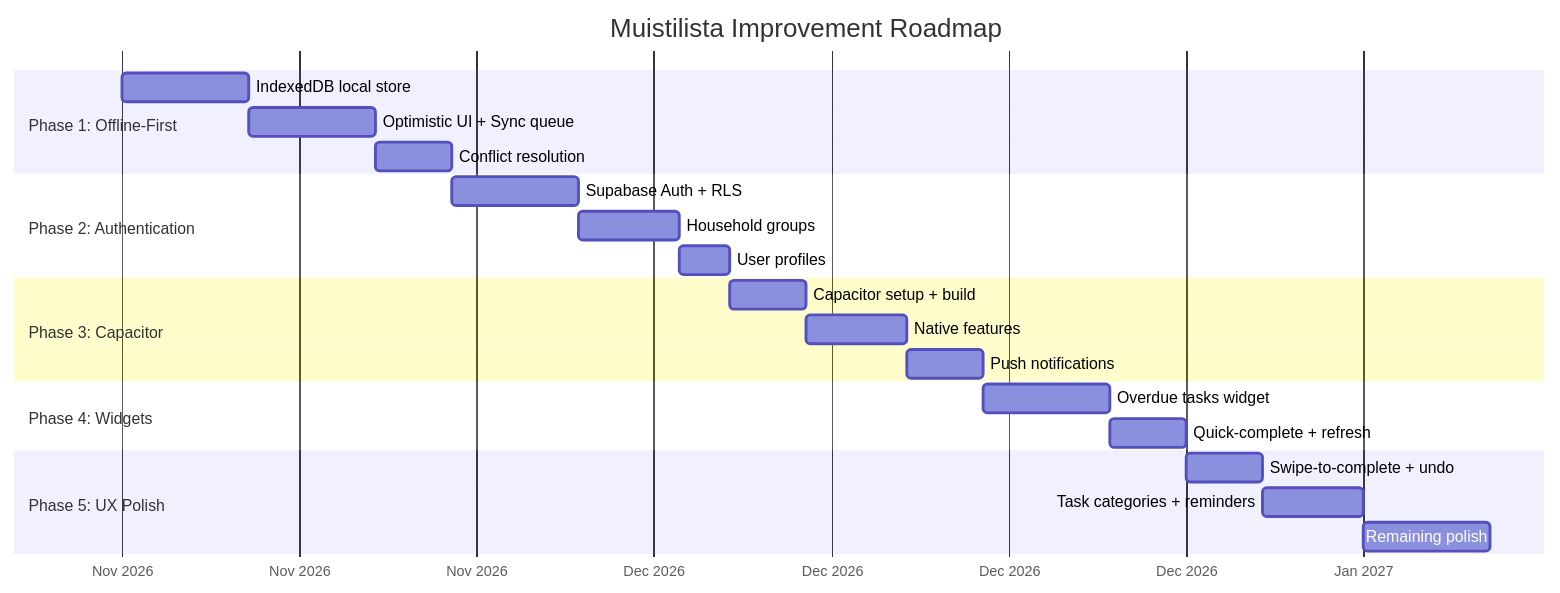
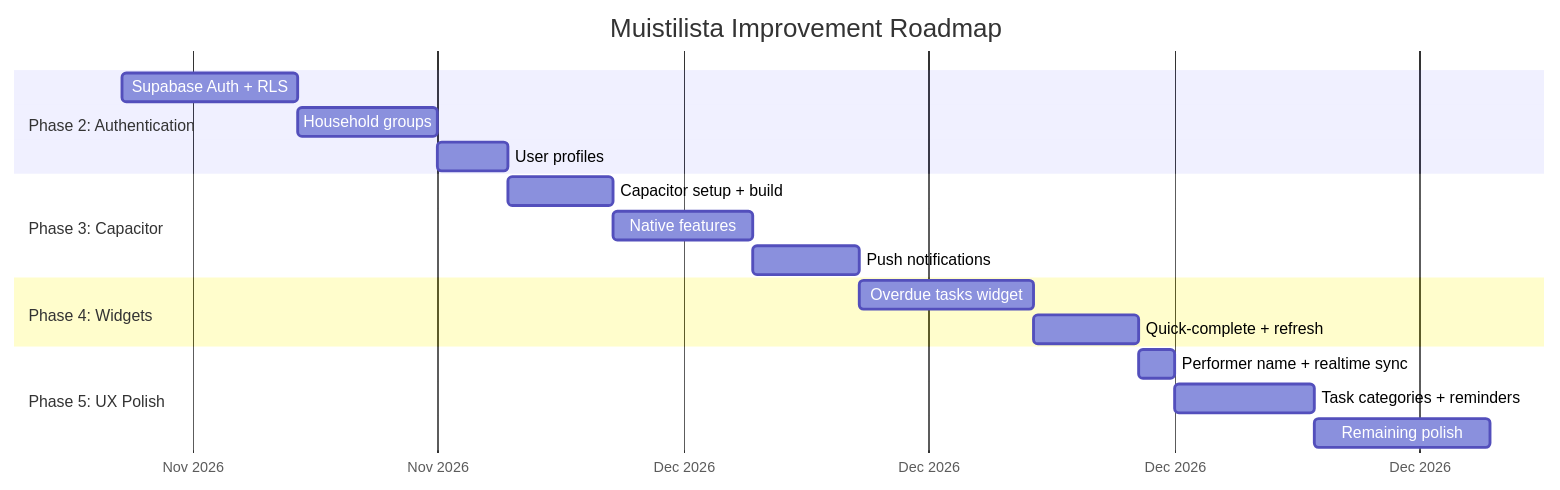
Before and after one commit to cvine001xamk/muistilista_svelte: the third of 3 diagrams in DOCUMENTATION.md, drawn with Mermaid. The commit also changed other lines of this file, not shown here.

````diff
--- a/DOCUMENTATION.md
+++ b/DOCUMENTATION.md
@@ -390,30 +383,25 @@
 ```mermaid
 gantt
     title Muistilista Improvement Roadmap
     dateFormat  YYYY-MM-DD
     axisFormat  %b %Y
 
-    section Phase 1: Offline-First
-    IndexedDB local store          :p1a, 2026-11-15, 5d
-    Optimistic UI + Sync queue     :p1b, after p1a, 5d
-    Conflict resolution            :p1c, after p1b, 3d
-
     section Phase 2: Authentication
-    Supabase Auth + RLS            :p2a, after p1c, 5d
+    Supabase Auth + RLS            :p2a, 2026-11-20, 5d
     Household groups               :p2b, after p2a, 4d
     User profiles                  :p2c, after p2b, 2d
 
     section Phase 3: Capacitor
     Capacitor setup + build        :p3a, after p2c, 3d
     Native features                :p3b, after p3a, 4d
     Push notifications             :p3c, after p3b, 3d
 
     section Phase 4: Widgets
     Overdue tasks widget           :p4a, after p3c, 5d
     Quick-complete + refresh       :p4b, after p4a, 3d
 
     section Phase 5: UX Polish
-    Swipe-to-complete + undo       :p5a, after p4b, 3d
+    Performer name + realtime sync :p5a, after p4b, 1d
     Task categories + reminders    :p5b, after p5a, 4d
     Remaining polish               :p5c, after p5b, 5d
 ```
````
